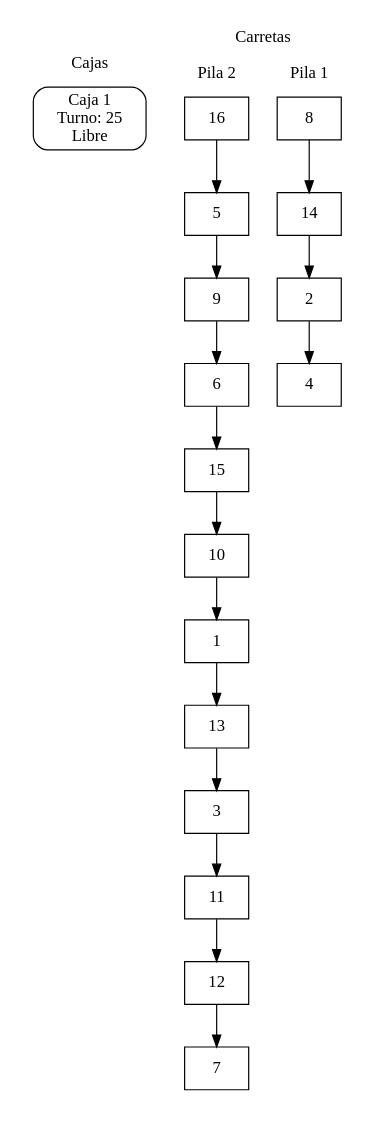
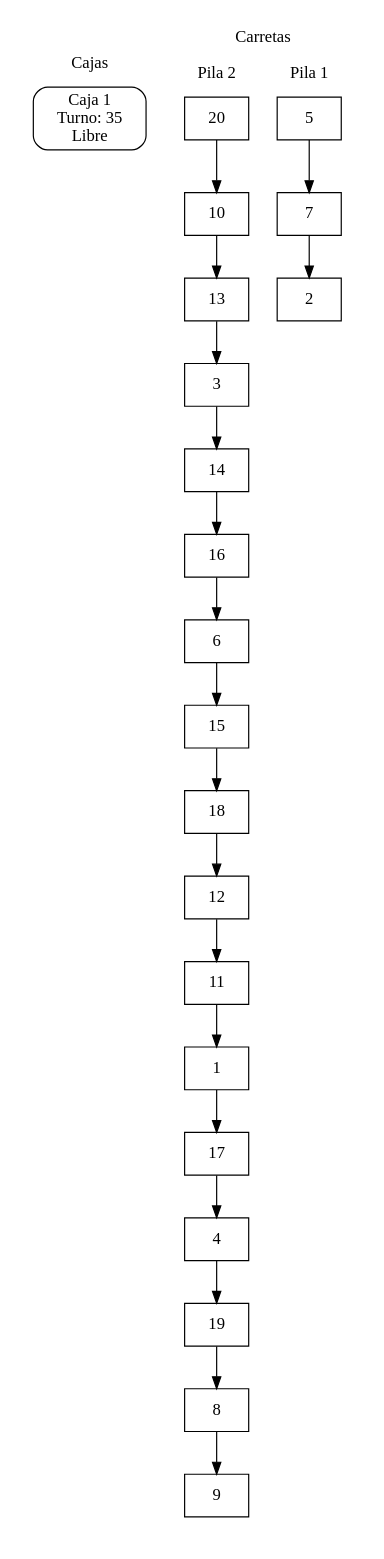
Before and after one commit to Chejohrpp/Practica1EstructuraDatos: the diagram in dibujable.dot, drawn with Graphviz. The commit also changed 2 other files, not shown here.

```diff
--- a/dibujable.dot
+++ b/dibujable.dot
@@ -1,3 +1,3 @@
 digraph G{subgraph cluster_cajas {label = "Cajas";	style=filled;style=filled;color=white;node [style=rounded,color=black,shape=box];f1[label="Caja 1 
- Turno: 25 
- Libre "];}subgraph cluster_pagar{label = "Cola de espera a pagar";style=filled;style=filled;color=white;node [shape=box,color=black,style=rounded];}subgraph cluster_compras{label = " compras ";style=filled;style=filled;color=white;node [style=rounded,color=black,shape=box];}subgraph cluster_carretas{label ="Carretas";style=filled;color=white;subgraph cluster_b{label = " Pila 1 ";style=filled;style=filled;color=white;node [shape=box,color=black];b8->b14;b8[label=" 8 "];b14->b2;b14[label=" 14 "];b2->b4;b2[label=" 2 "];b4[label=" 4 "];}subgraph cluster_c{label = " Pila 2 ";style=filled;style=filled;color=white;node [shape=box,color=black];c16->c5;c16[label=" 16 "];c5->c9;c5[label=" 5 "];c9->c6;c9[label=" 9 "];c6->c15;c6[label=" 6 "];c15->c10;c15[label=" 15 "];c10->c1;c10[label=" 10 "];c1->c13;c1[label=" 1 "];c13->c3;c13[label=" 13 "];c3->c11;c3[label=" 3 "];c11->c12;c11[label=" 11 "];c12->c7;c12[label=" 12 "];c7[label=" 7 "];}}subgraph cluster_a{label = " Cola de espera ";style=filled;style=filled;color=white;node [shape=box,color=black];} }
+ Turno: 35 
+ Libre "];}subgraph cluster_pagar{label = "Cola de espera a pagar";style=filled;style=filled;color=white;node [shape=box,color=black,style=rounded];}subgraph cluster_compras{label = " compras ";style=filled;style=filled;color=white;node [style=rounded,color=black,shape=box];}subgraph cluster_carretas{label ="Carretas";style=filled;color=white;subgraph cluster_b{label = " Pila 1 ";style=filled;style=filled;color=white;node [shape=box,color=black];b5->b7;b5[label=" 5 "];b7->b2;b7[label=" 7 "];b2[label=" 2 "];}subgraph cluster_c{label = " Pila 2 ";style=filled;style=filled;color=white;node [shape=box,color=black];c20->c10;c20[label=" 20 "];c10->c13;c10[label=" 10 "];c13->c3;c13[label=" 13 "];c3->c14;c3[label=" 3 "];c14->c16;c14[label=" 14 "];c16->c6;c16[label=" 16 "];c6->c15;c6[label=" 6 "];c15->c18;c15[label=" 15 "];c18->c12;c18[label=" 18 "];c12->c11;c12[label=" 12 "];c11->c1;c11[label=" 11 "];c1->c17;c1[label=" 1 "];c17->c4;c17[label=" 17 "];c4->c19;c4[label=" 4 "];c19->c8;c19[label=" 19 "];c8->c9;c8[label=" 8 "];c9[label=" 9 "];}}subgraph cluster_a{label = " Cola de espera ";style=filled;style=filled;color=white;node [shape=box,color=black];} }
```
